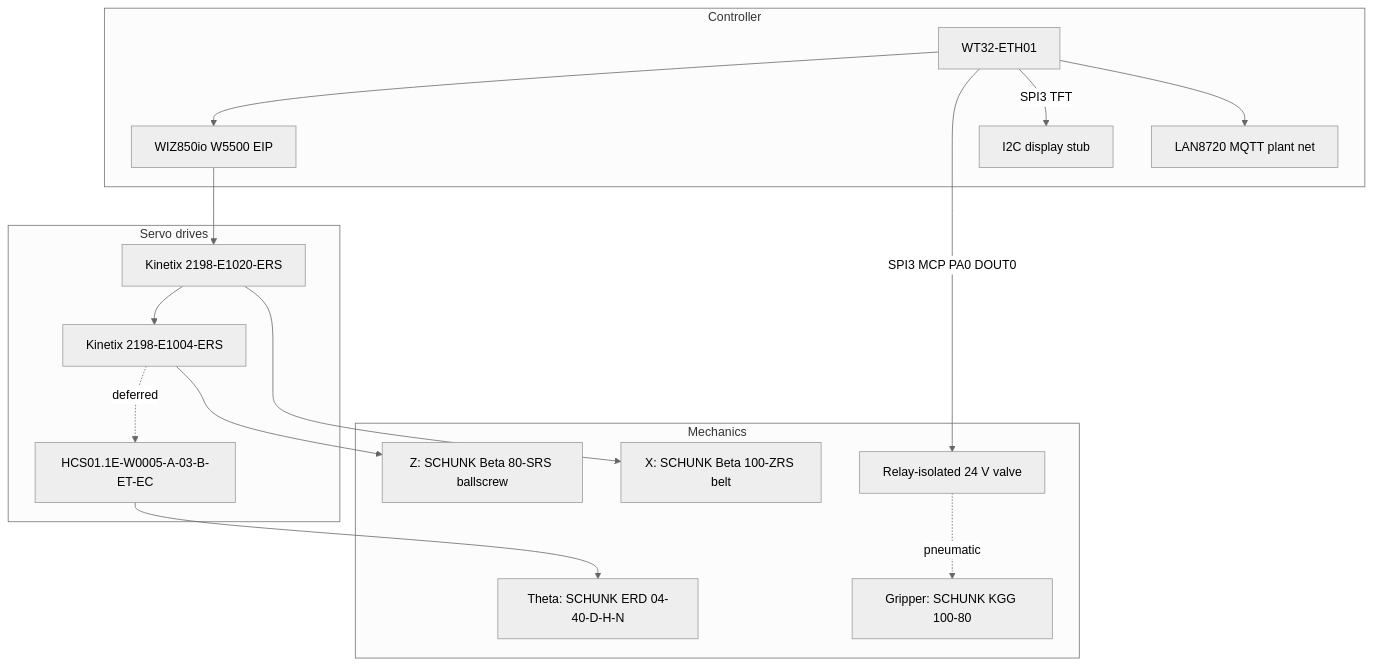
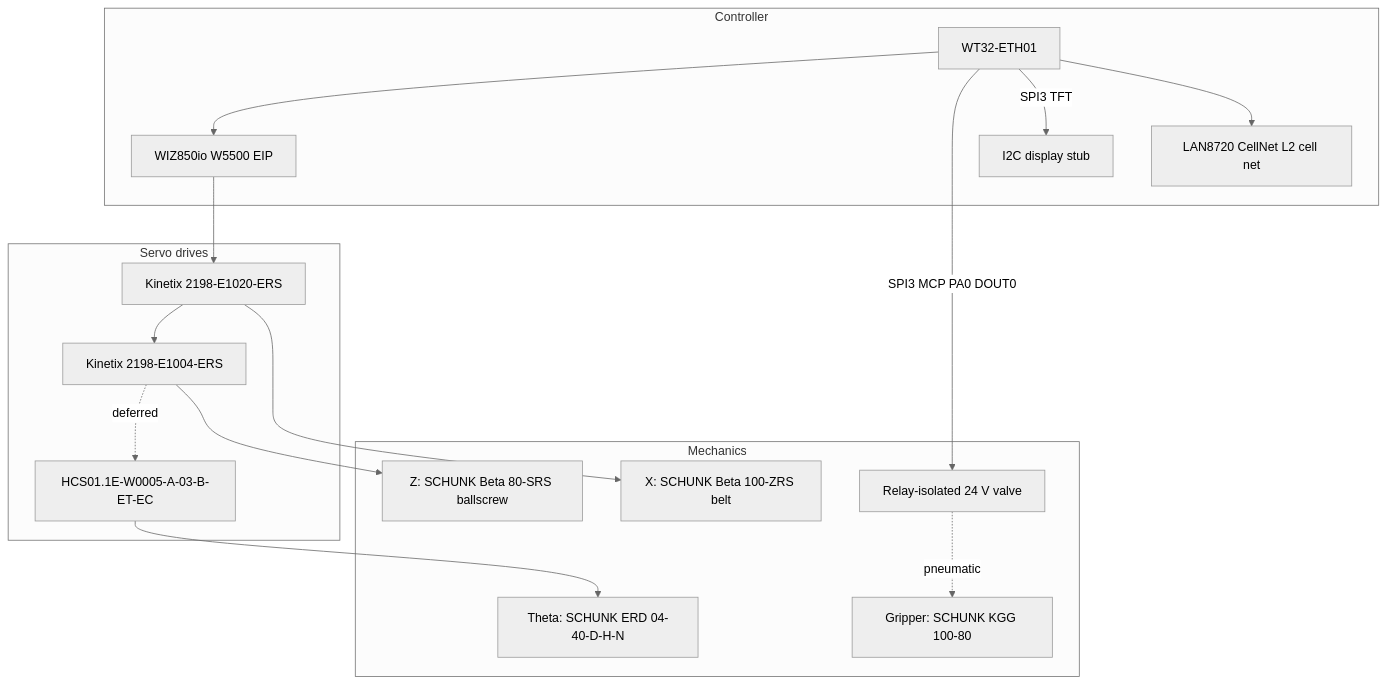
The diagram in docs/EXPECTED_ELECTROMECHANICAL_ASSEMBLY.md (Mynderse-Research-Lab/wt32-eth01-FreeRTOS), drawn with Mermaid (neutral theme) before and after one commit. The commit also changed other lines of this file and 8 other files, not shown here.

First line of the commit message:
docs: correct stale network claims and drop the roadmap (X-4)

````diff
--- a/docs/EXPECTED_ELECTROMECHANICAL_ASSEMBLY.md
+++ b/docs/EXPECTED_ELECTROMECHANICAL_ASSEMBLY.md
@@ -36,32 +36,32 @@
 ```mermaid
 flowchart TB
   subgraph mech [Mechanics]
     Xact["X: SCHUNK Beta 100-ZRS belt"]
     Zact["Z: SCHUNK Beta 80-SRS ballscrew"]
     Tact["Theta: SCHUNK ERD 04-40-D-H-N"]
     Grip["Gripper: SCHUNK KGG 100-80"]
     GripIO["Relay-isolated 24 V valve"]
   end
   subgraph drives [Servo drives]
     DX["Kinetix 2198-E1020-ERS"]
     DZ["Kinetix 2198-E1004-ERS"]
     DT["HCS01.1E-W0005-A-03-B-ET-EC"]
   end
   subgraph ctrl [Controller]
     WT32["WT32-ETH01"]
     W5500["WIZ850io W5500 EIP"]
-    LAN["LAN8720 MQTT plant net"]
+    LAN["LAN8720 CellNet L2 cell net"]
     Disp["I2C display stub"]
   end
   WT32 --> W5500
   W5500 --> DX
   DX --> DZ
   DZ -. deferred .-> DT
   DX --> Xact
   DZ --> Zact
   DT --> Tact
   WT32 -->|SPI3 MCP PA0 DOUT0| GripIO
   WT32 -->|SPI3 TFT| Disp
   GripIO -. pneumatic .-> Grip
   WT32 --> LAN
 ```
````
